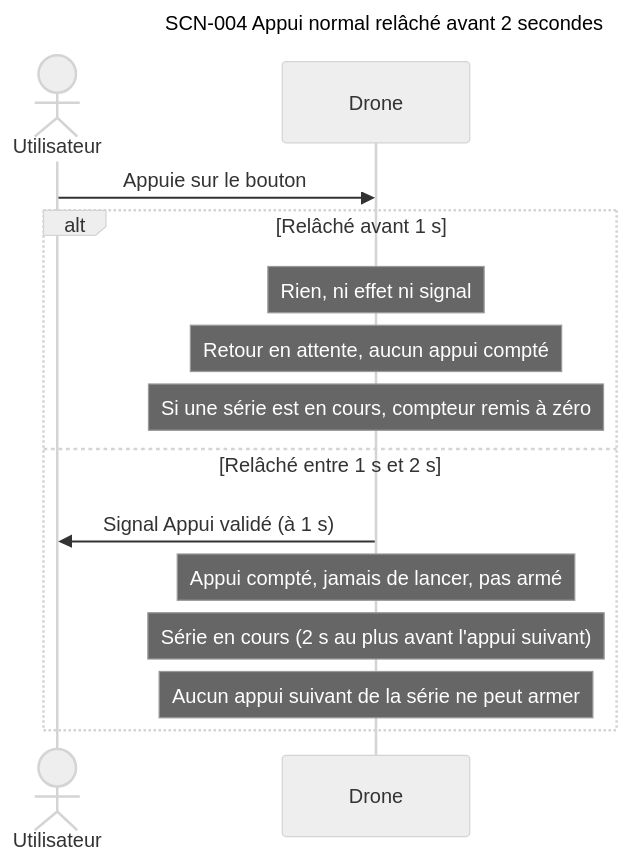
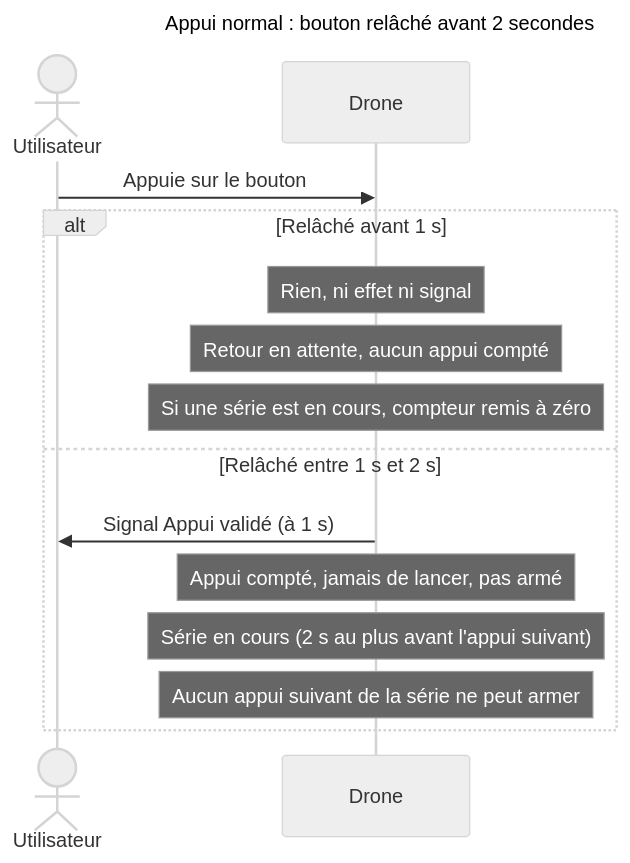
One commit to thourymatthieu-png/coworker_archi_system changed the eighth of 15 diagrams in projets/boomrone/00-scenarios.md. Above: the diagram before and after it, drawn with Mermaid (neutral theme). The commit also changed other lines of this file and 6 other files, not shown here.

````diff
--- a/projets/boomrone/00-scenarios.md
+++ b/projets/boomrone/00-scenarios.md
@@ -470,19 +533,19 @@
 ```mermaid
 ---
-title: "SCN-004 Appui normal relâché avant 2 secondes"
+title: "Appui normal : bouton relâché avant 2 secondes"
 ---
 sequenceDiagram
     actor U as Utilisateur
     participant D as Drone
     U->>D: Appuie sur le bouton
     alt Relâché avant 1 s
         Note over D: Rien, ni effet ni signal
         Note over D: Retour en attente, aucun appui compté
         Note over D: Si une série est en cours, compteur remis à zéro
     else Relâché entre 1 s et 2 s
         D->>U: Signal Appui validé (à 1 s)
         Note over D: Appui compté, jamais de lancer, pas armé
         Note over D: Série en cours (2 s au plus avant l'appui suivant)
         Note over D: Aucun appui suivant de la série ne peut armer
     end
 ```
````
